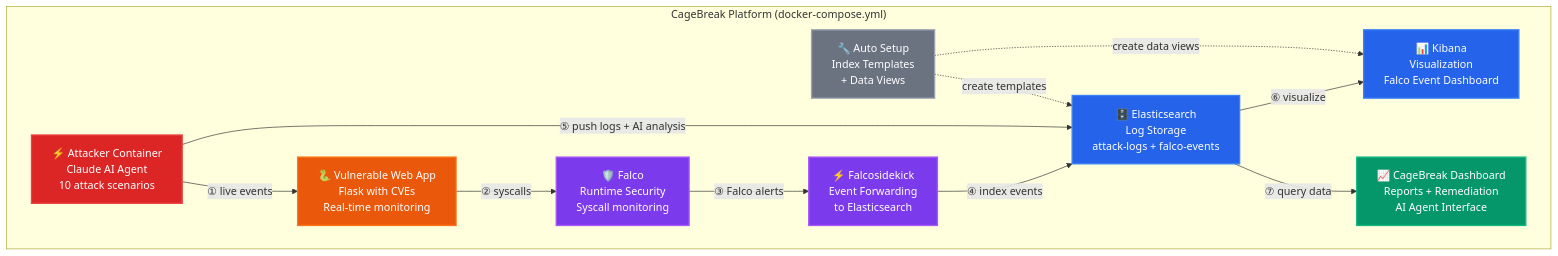
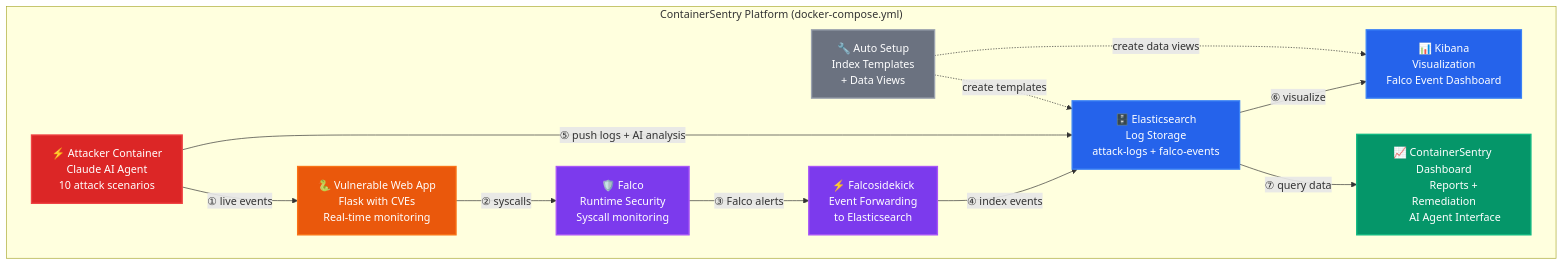
One commit to ritvikindupuri/SupplyChainVuln changed the diagram in README.md. Above: the diagram before and after it, drawn with Mermaid. The commit also changed other lines of this file and 2 other files, not shown here.

First line of the commit message:
Rename CageBreak -> ContainerSentry

````diff
--- a/README.md
+++ b/README.md
@@ -11,53 +11,53 @@
 ```mermaid
 graph TD
-  subgraph CG["CageBreak Platform (docker-compose.yml)"]
+  subgraph CG["ContainerSentry Platform (docker-compose.yml)"]
     A["⚡ Attacker Container
         Claude AI Agent
         10 attack scenarios"]
     B["🐍 Vulnerable Web App
         Flask with CVEs
         Real-time monitoring"]
     C["🛡️ Falco
         Runtime Security
         Syscall monitoring"]
     D["⚡ Falcosidekick
         Event Forwarding
         to Elasticsearch"]
     E["🗄️ Elasticsearch
         Log Storage
         attack-logs + falco-events"]
     F["📊 Kibana
         Visualization
         Falco Event Dashboard"]
-    G["📈 CageBreak Dashboard
+    G["📈 ContainerSentry Dashboard
         Reports + Remediation
         AI Agent Interface"]
     H["🔧 Auto Setup
         Index Templates
         + Data Views"]
   end
 
   A -->|"① live events"| B
   B -->|"② syscalls"| C
   C -->|"③ Falco alerts"| D
   D -->|"④ index events"| E
   E -->|"⑥ visualize"| F
   E -->|"⑦ query data"| G
   A -->|"⑤ push logs + AI analysis"| E
   H -.->|"create templates"| E
   H -.->|"create data views"| F
 
   classDef attacker fill:#dc2626,color:#fff,stroke:#ef4444,stroke-width:2px
   classDef target fill:#ea580c,color:#fff,stroke:#f97316,stroke-width:2px
   classDef security fill:#7c3aed,color:#fff,stroke:#a855f7,stroke-width:2px
   classDef storage fill:#2563eb,color:#fff,stroke:#3b82f6,stroke-width:2px
   classDef ui fill:#059669,color:#fff,stroke:#10b981,stroke-width:2px
   classDef setup fill:#6b7280,color:#fff,stroke:#9ca3af,stroke-width:2px
 
   class A attacker
   class B target
   class C,D security
   class E,F storage
   class G ui
   class H setup
 ```
````
